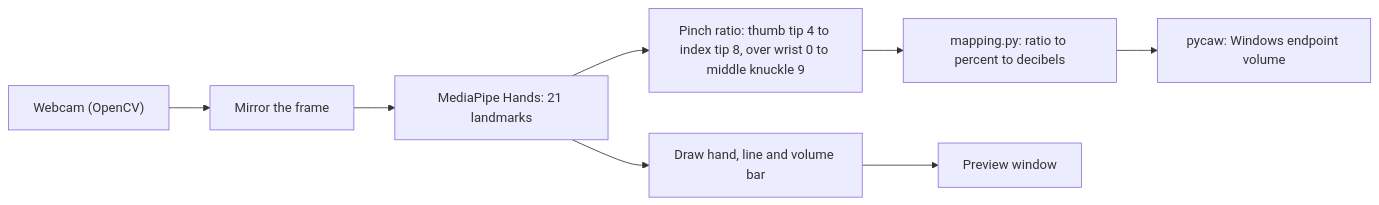
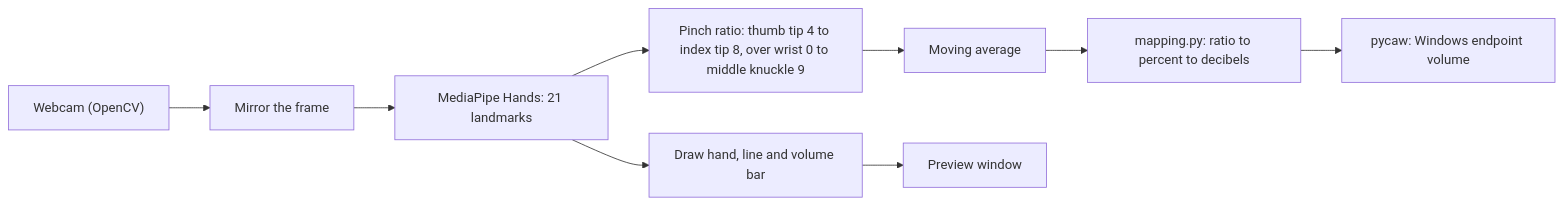
Before and after one commit to A-RYAN-1/hand-gesture-volume-control: the first of 2 diagrams in README.md, drawn with Mermaid. The commit also changed other lines of this file and 7 other files, not shown here.

Commit message:
Smooth the pinch signal with a moving average and measure the jitter (#2)

````diff
--- a/README.md
+++ b/README.md
@@ -90,10 +91,11 @@
 ```mermaid
 flowchart LR
     Cam["Webcam (OpenCV)"] --> Flip["Mirror the frame"]
     Flip --> MP["MediaPipe Hands: 21 landmarks"]
     MP --> Dist["Pinch ratio: thumb tip 4 to index tip 8, over wrist 0 to middle knuckle 9"]
-    Dist --> Map["mapping.py: ratio to percent to decibels"]
+    Dist --> Smooth["Moving average"]
+    Smooth --> Map["mapping.py: ratio to percent to decibels"]
     Map --> Audio["pycaw: Windows endpoint volume"]
     MP --> Draw["Draw hand, line and volume bar"]
     Draw --> Win["Preview window"]
 ```
````
